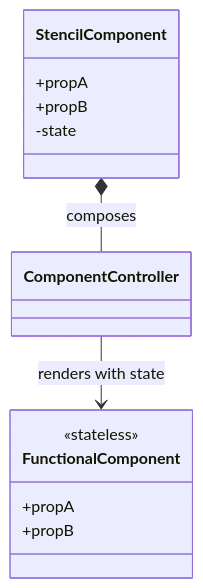
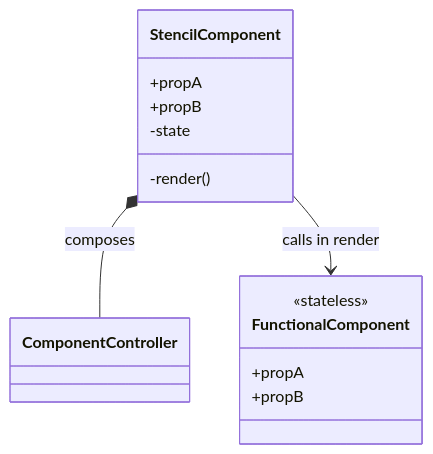
One commit to public-ui/kolibri changed the diagram in packages/components/AGENTS.md. Above: the diagram before and after it, drawn with Mermaid. The commit also changed other lines of this file, not shown here.

Commit message:
docs(components): clarify FC in render

````diff
--- a/packages/components/AGENTS.md
+++ b/packages/components/AGENTS.md
@@ -112,17 +112,18 @@
 ```mermaid
 classDiagram
     class StencilComponent {
         +propA
         +propB
         -state
+        -render()
     }
     class ComponentController {
     }
     class FunctionalComponent {
         +propA
         +propB
         <<stateless>>
     }
     StencilComponent *-- ComponentController : composes
-    ComponentController --> FunctionalComponent : renders with state
+    StencilComponent --> FunctionalComponent : calls in render
 ```
````
